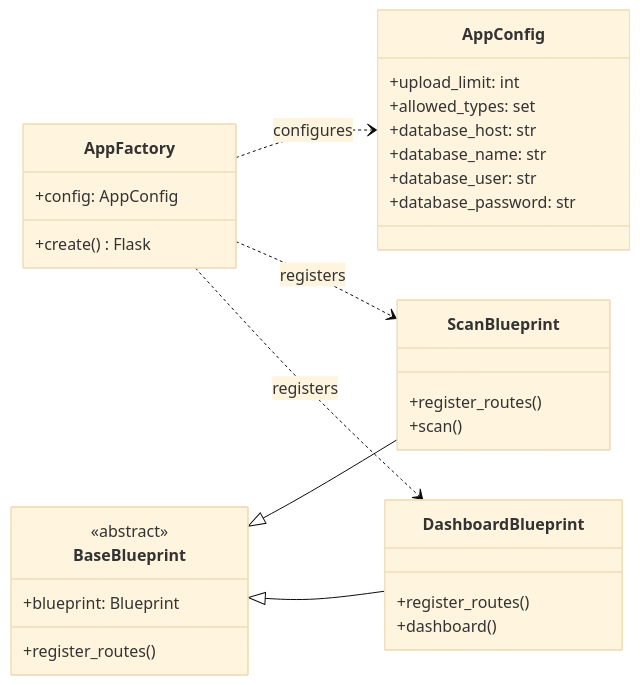
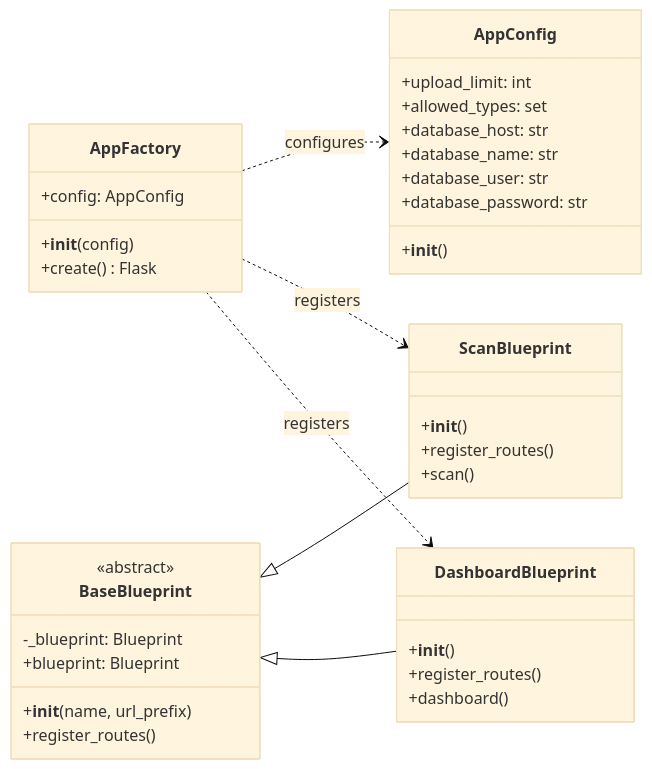
The second of 4 diagrams in README.md (Timmyy3000/waste-sorting-assistant), drawn with Mermaid (base theme) before and after one commit. The commit also changed other lines of this file and 1 other file, not shown here.

````diff
--- a/README.md
+++ b/README.md
@@ -68,34 +68,40 @@
 ```mermaid
 classDiagram
     direction LR
     class AppConfig {
+        +__init__()
         +upload_limit: int
         +allowed_types: set
         +database_host: str
         +database_name: str
         +database_user: str
         +database_password: str
     }
     class AppFactory {
+        +__init__(config)
         +config: AppConfig
         +create() Flask
     }
     class BaseBlueprint {
         <<abstract>>
+        -_blueprint: Blueprint
+        +__init__(name, url_prefix)
         +blueprint: Blueprint
         +register_routes()
     }
     class ScanBlueprint {
+        +__init__()
         +register_routes()
         +scan()
     }
     class DashboardBlueprint {
+        +__init__()
         +register_routes()
         +dashboard()
     }
     BaseBlueprint <|-- ScanBlueprint
     BaseBlueprint <|-- DashboardBlueprint
     AppFactory ..> AppConfig : configures
     AppFactory ..> ScanBlueprint : registers
     AppFactory ..> DashboardBlueprint : registers
 ```
````
